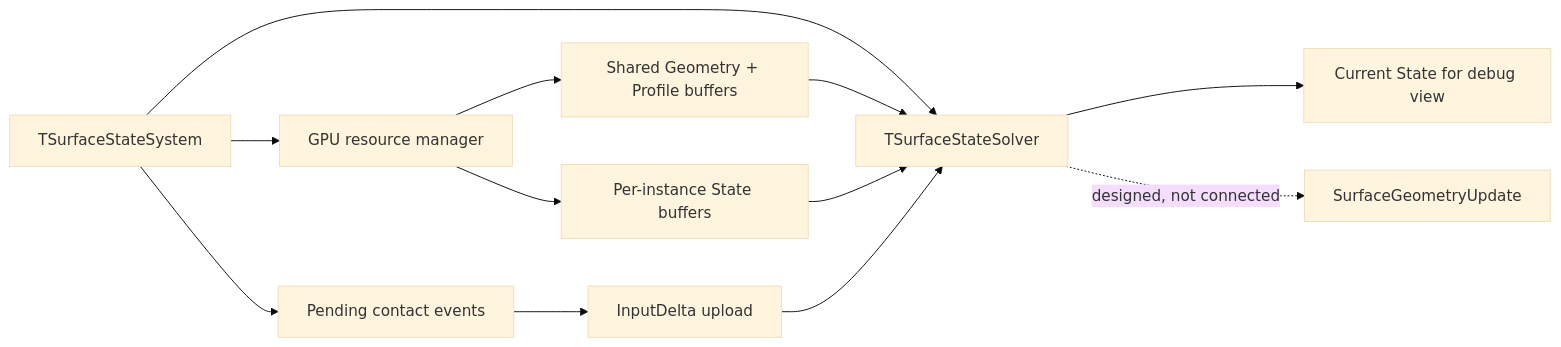
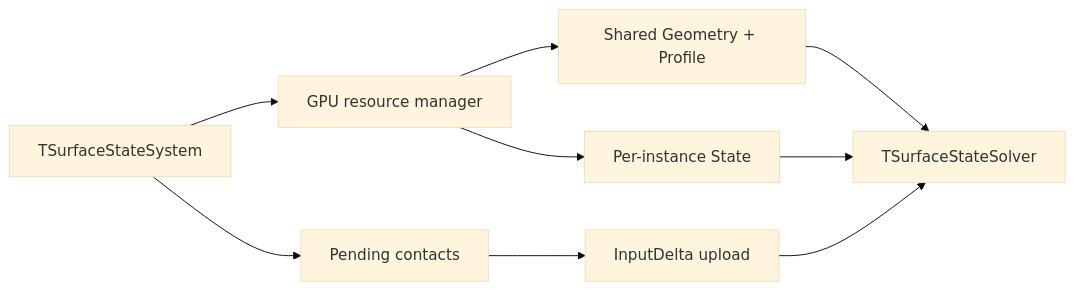
The third of 7 diagrams in Docs/MDSSP-Vault/04_Architecture/0001_Engine-Structure.md (Yonaim/Material-Dependent-Surface-State-Engine), drawn with Mermaid (base theme) before and after one commit. The commit also changed other lines of this file and 55 other files, not shown here.

Commit message:
Docs: Flow Map과 Architecture 문서 체계 정리

````diff
--- a/Docs/MDSSP-Vault/04_Architecture/0001_Engine-Structure.md
+++ b/Docs/MDSSP-Vault/04_Architecture/0001_Engine-Structure.md
@@ -64,14 +62,11 @@
 ```mermaid
 flowchart LR
-  SSS["TSurfaceStateSystem"] --> GPUManager["GPU resource manager"]
-  SSS --> Pending["Pending contact events"]
-  Pending --> Upload["InputDelta upload"]
-  SSS --> Solver["TSurfaceStateSolver"]
-  GPUManager --> Shared["Shared Geometry + Profile buffers"]
-  GPUManager --> Instance["Per-instance State buffers"]
-  Shared --> Solver
+  System[TSurfaceStateSystem] --> Manager[GPU resource manager]
+  System --> Pending[Pending contacts]
+  Pending --> Upload[InputDelta upload]
+  Manager --> Shared[Shared Geometry + Profile]
+  Manager --> Instance[Per-instance State]
+  Shared --> Solver[TSurfaceStateSolver]
   Instance --> Solver
   Upload --> Solver
-  Solver --> Debug["Current State for debug view"]
-  Solver -. "designed, not connected" .-> Geometry["SurfaceGeometryUpdate"]
 ```
````
